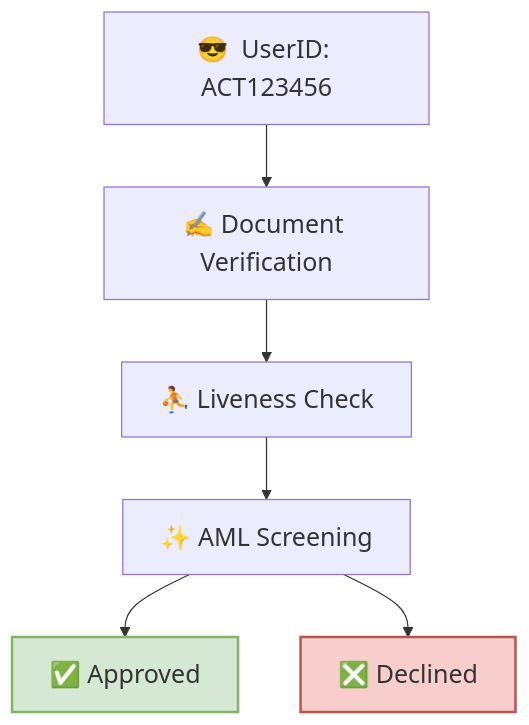
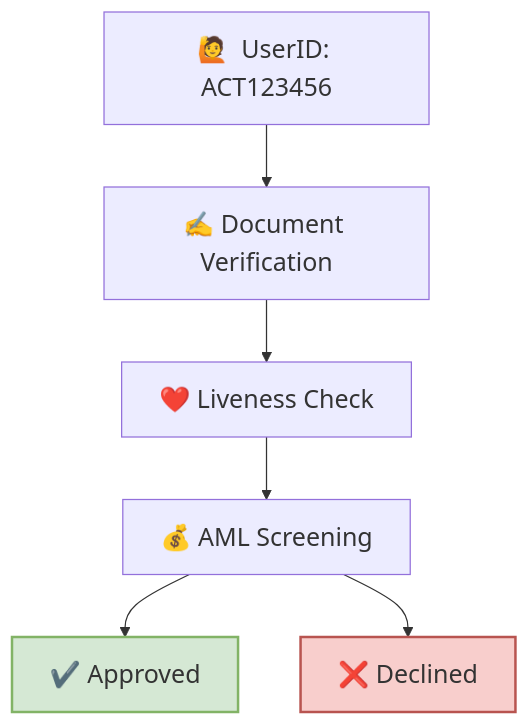
The diagram in id/id.mdx (Fantastic-Devs/Mintlify), drawn with Mermaid before and after one commit.

````diff
--- a/id/id.mdx
+++ b/id/id.mdx
@@ -17,26 +17,26 @@
 ```mermaid
 
 graph TB;
-    A["😎  UserID: ACT123456"];
+    A["🙋  UserID: ACT123456"];
     B["✍ Document Verification"];
-    C["⛹ Liveness Check"];
-    D["✨ AML Screening"];
-    E["✅ Approved"];
-    F["❎ Declined"];
+    C["❤️ Liveness Check"];
+    D["💰 AML Screening"];
+    E["✔️ Approved"];
+    F["❌ Declined"];
     A--> B;
     B--> C;
     C--> D;
     D--> E & F;
 
     classDef largeText font-size:20px;
     class A largeText;
     class B largeText;
     class C largeText;
     class D largeText;
     class E largeText;
     class F largeText;
 
     style E fill:#d5e8d4,stroke:#82b366,stroke-width:2px
     style F fill:#f8cecc,stroke:#b85450,stroke-width:2px
 
 ```
````
